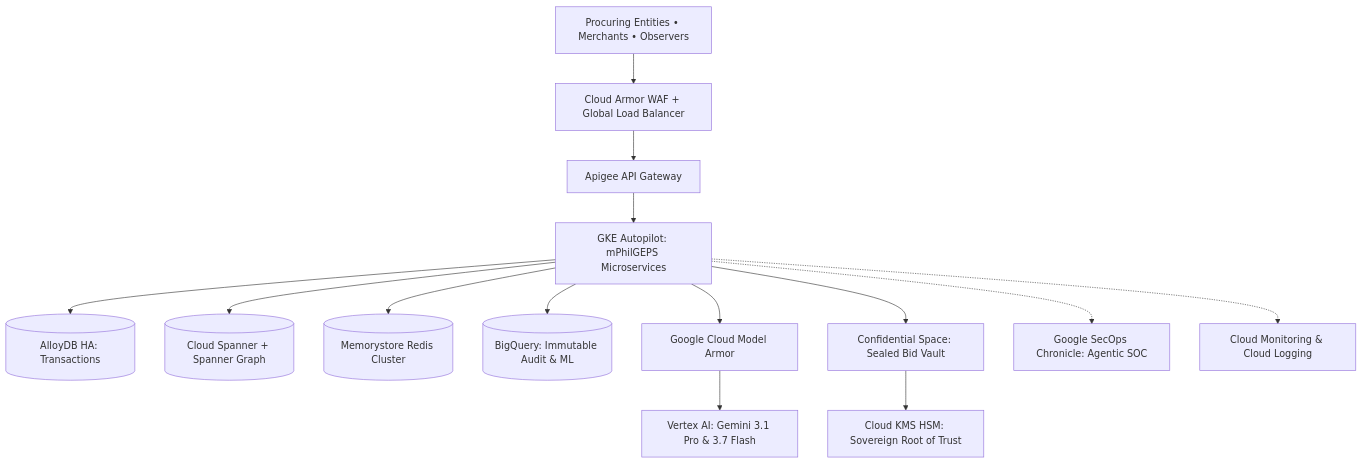
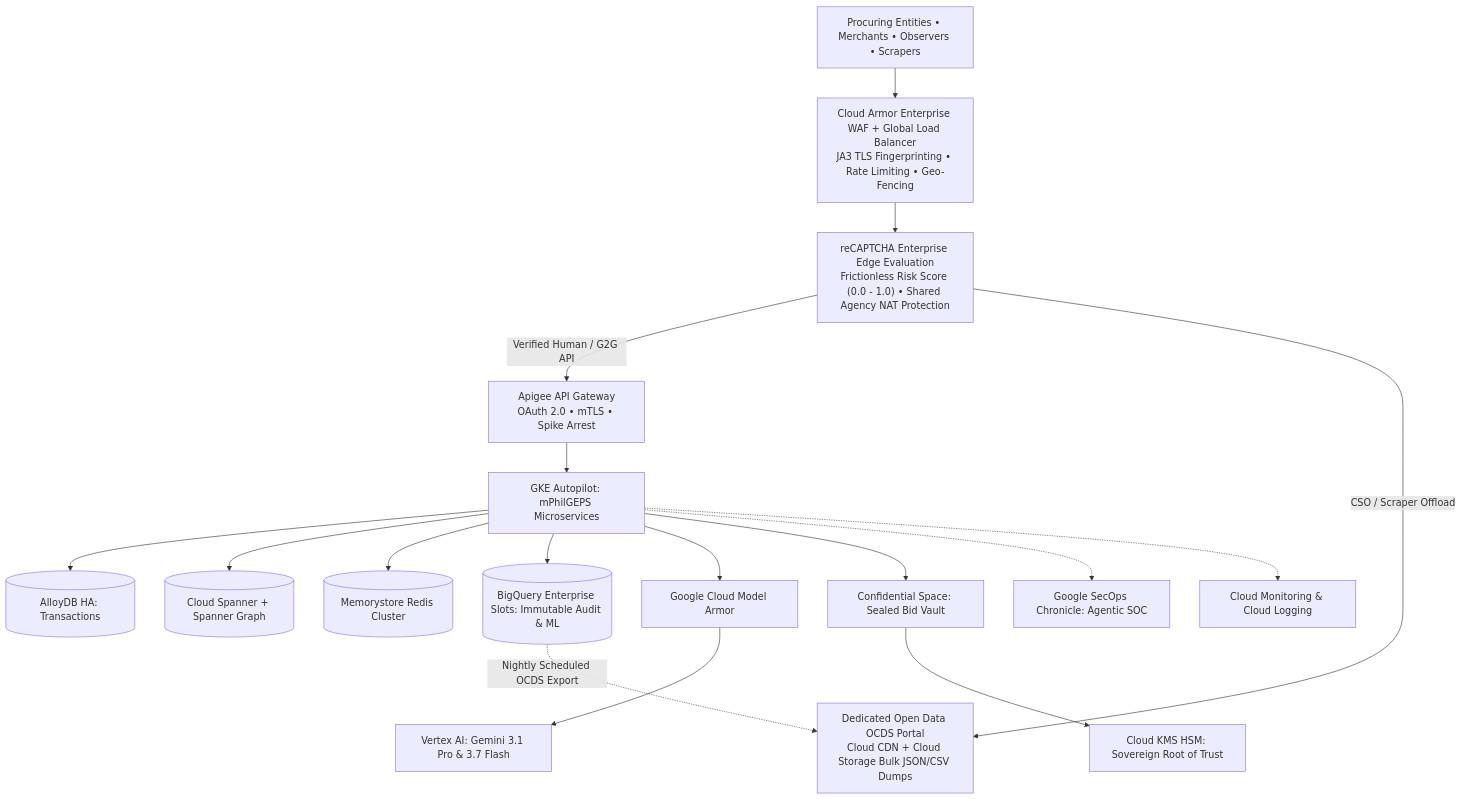
One commit to markea/psdbm-philgeps-2026 changed the first of 7 diagrams in mPhilGEPS_GoogleCloud_TDD.md. Above: the diagram before and after it, drawn with Mermaid. The commit also changed other lines of this file and 5 other files, not shown here.

Commit message:
feat(security): align BRD, TDD, Plan & BOM with 4-tier anti-scraping defense (Cloud Armor JA3, reCAPTCHA Enterprise, OCDS Open Data offload)

````diff
--- a/mPhilGEPS_GoogleCloud_TDD.md
+++ b/mPhilGEPS_GoogleCloud_TDD.md
@@ -69,21 +69,25 @@
 ```mermaid
 graph TD
-    Public["Procuring Entities • Merchants • Observers"] --> Armor["Cloud Armor WAF + Global Load Balancer"]
-    Armor --> Gateway["Apigee API Gateway"]
+    Public["Procuring Entities • Merchants • Observers • Scrapers"] --> Armor["Cloud Armor Enterprise WAF + Global Load Balancer<br/>JA3 TLS Fingerprinting • Rate Limiting • Geo-Fencing"]
+    Armor --> Recaptcha["reCAPTCHA Enterprise Edge Evaluation<br/>Frictionless Risk Score (0.0 - 1.0) • Shared Agency NAT Protection"]
+    
+    Recaptcha -->|"Verified Human / G2G API"| Gateway["Apigee API Gateway<br/>OAuth 2.0 • mTLS • Spike Arrest"]
+    Recaptcha -->|"CSO / Scraper Offload"| OpenData["Dedicated Open Data OCDS Portal<br/>Cloud CDN + Cloud Storage Bulk JSON/CSV Dumps"]
     
     Gateway --> GKE["GKE Autopilot: mPhilGEPS Microservices"]
     
     GKE --> AlloyDB[("AlloyDB HA: Transactions")]
     GKE --> Spanner[("Cloud Spanner + Spanner Graph")]
     GKE --> Cache[("Memorystore Redis Cluster")]
-    GKE --> BQ[("BigQuery: Immutable Audit & ML")]
+    GKE --> BQ[("BigQuery Enterprise Slots: Immutable Audit & ML")]
+    BQ -.->|"Nightly Scheduled OCDS Export"| OpenData
     
     GKE --> ModelArmor["Google Cloud Model Armor"]
     ModelArmor --> GenAI["Vertex AI: Gemini 3.1 Pro & 3.7 Flash"]
     
     GKE --> Vault["Confidential Space: Sealed Bid Vault"]
     Vault --> KMS["Cloud KMS HSM: Sovereign Root of Trust"]
     
     GKE -.-> SecOps["Google SecOps Chronicle: Agentic SOC"]
     GKE -.-> Obs["Cloud Monitoring & Cloud Logging"]
 ```
````
